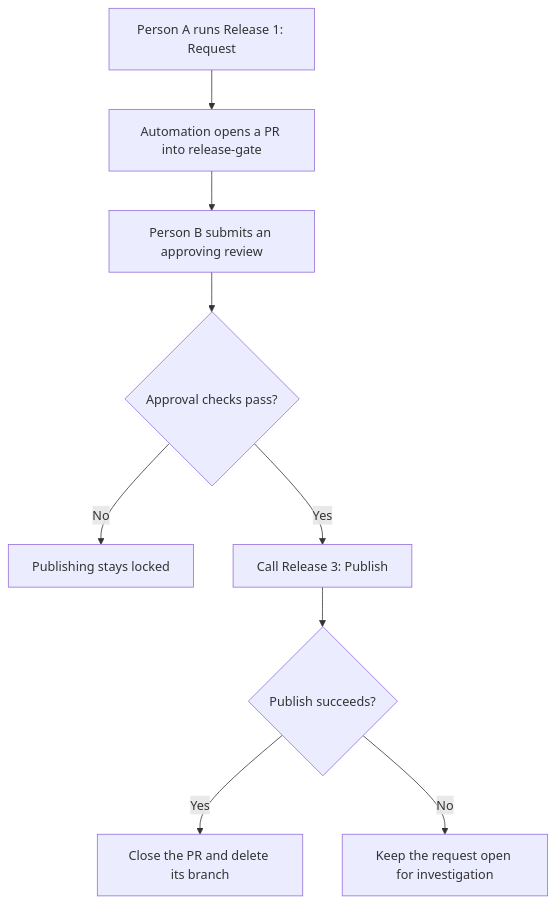
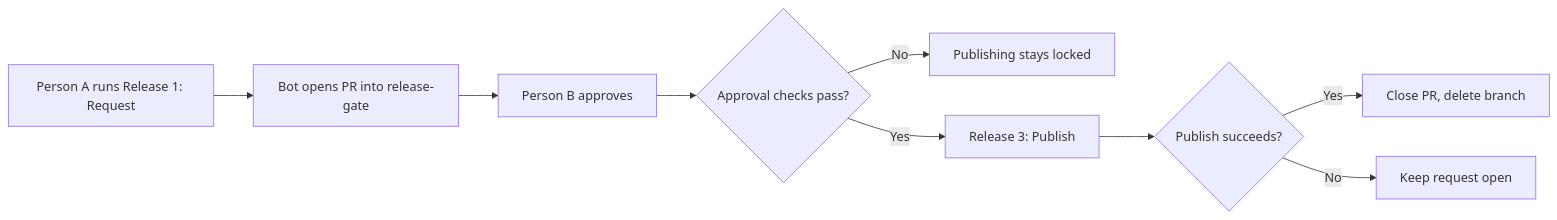
One commit to CynthiaWahome/release-gate changed the diagram in README.md. Above: the diagram before and after it, drawn with Mermaid. The commit also changed other lines of this file and 1 other file, not shown here.

````diff
--- a/README.md
+++ b/README.md
@@ -54,11 +51,11 @@
 ```mermaid
-flowchart TD
-    A[Person A runs Release 1: Request] --> B[Automation opens a PR into release-gate]
-    B --> C[Person B submits an approving review]
+flowchart LR
+    A[Person A runs Release 1: Request] --> B[Bot opens PR into release-gate]
+    B --> C[Person B approves]
     C --> D{Approval checks pass?}
     D -->|No| E[Publishing stays locked]
-    D -->|Yes| F[Call Release 3: Publish]
+    D -->|Yes| F[Release 3: Publish]
     F --> G{Publish succeeds?}
-    G -->|Yes| H[Close the PR and delete its branch]
-    G -->|No| I[Keep the request open for investigation]
+    G -->|Yes| H[Close PR, delete branch]
+    G -->|No| I[Keep request open]
 ```
````
